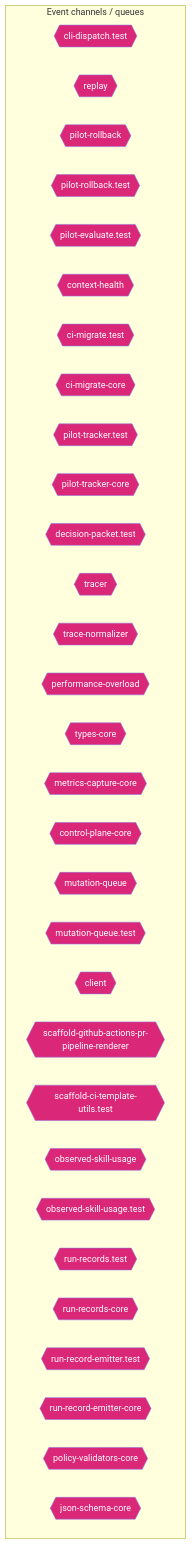
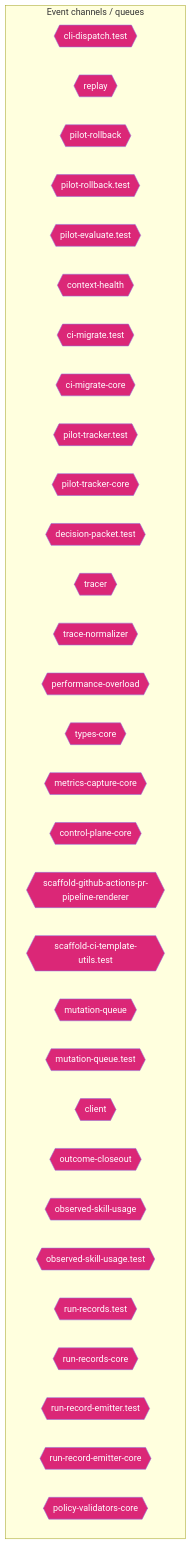
One commit to jscraik/coding-harness changed the ninth of 14 diagrams in AI/context/diagram-context.md. Above: the diagram before and after it, drawn with Mermaid. The commit also changed other lines of this file and 33 other files, not shown here.

````diff
--- a/AI/context/diagram-context.md
+++ b/AI/context/diagram-context.md
@@ -1564,38 +1569,38 @@
 ```mermaid
 flowchart TD
   subgraph Channels["Event channels / queues"]
     cli_dispatch_test_54c9f17b{{"cli-dispatch.test"}}
     replay_ac203c98{{"replay"}}
     pilot_rollback_00c1f82c{{"pilot-rollback"}}
     pilot_rollback_test_e61d5a2b{{"pilot-rollback.test"}}
     pilot_evaluate_test_a2ac06fc{{"pilot-evaluate.test"}}
     context_health_80bb7da9{{"context-health"}}
     ci_migrate_test_2a015bb9{{"ci-migrate.test"}}
     ci_migrate_core_7005b5af{{"ci-migrate-core"}}
     pilot_tracker_test_80398a66{{"pilot-tracker.test"}}
     pilot_tracker_core_80d8ac96{{"pilot-tracker-core"}}
     decision_packet_test_9ea0e97b{{"decision-packet.test"}}
     tracer_1e6243a2{{"tracer"}}
     trace_normalizer_cb1be1d2{{"trace-normalizer"}}
     performance_overload_c685bfcf{{"performance-overload"}}
     types_core_e405ddca{{"types-core"}}
     metrics_capture_core_db4bf7cf{{"metrics-capture-core"}}
     control_plane_core_db3b4cb2{{"control-plane-core"}}
+    scaffold_github_actions_pr_pipeline_renderer_1ee18de5{{"scaffold-github-actions-pr-pipeline-renderer"}}
+    scaffold_ci_template_utils_test_b94825d9{{"scaffold-ci-template-utils.test"}}
     mutation_queue_ce5a530e{{"mutation-queue"}}
     mutation_queue_test_10b599e8{{"mutation-queue.test"}}
     client_1_914e1681{{"client"}}
-    scaffold_github_actions_pr_pipeline_renderer_1ee18de5{{"scaffold-github-actions-pr-pipeline-renderer"}}
-    scaffold_ci_template_utils_test_b94825d9{{"scaffold-ci-template-utils.test"}}
+    outcome_closeout_ba497ec2{{"outcome-closeout"}}
     observed_skill_usage_ed7d5930{{"observed-skill-usage"}}
     observed_skill_usage_test_311c215a{{"observed-skill-usage.test"}}
     run_records_test_3ee6a0e3{{"run-records.test"}}
     run_records_core_89286dfa{{"run-records-core"}}
     run_record_emitter_test_5475c0da{{"run-record-emitter.test"}}
     run_record_emitter_core_688049d5{{"run-record-emitter-core"}}
     policy_validators_core_714a3fe7{{"policy-validators-core"}}
-    json_schema_core_96d7e328{{"json-schema-core"}}
   end
   classDef eventNode fill:#db2777,color:#fff
-  class cli_dispatch_test_54c9f17b,replay_ac203c98,pilot_rollback_00c1f82c,pilot_rollback_test_e61d5a2b,pilot_evaluate_test_a2ac06fc,context_health_80bb7da9,ci_migrate_test_2a015bb9,ci_migrate_core_7005b5af,pilot_tracker_test_80398a66,pilot_tracker_core_80d8ac96,decision_packet_test_9ea0e97b,tracer_1e6243a2,trace_normalizer_cb1be1d2,performance_overload_c685bfcf,types_core_e405ddca,metrics_capture_core_db4bf7cf,control_plane_core_db3b4cb2,mutation_queue_ce5a530e,mutation_queue_test_10b599e8,client_1_914e1681,scaffold_github_actions_pr_pipeline_renderer_1ee18de5,scaffold_ci_template_utils_test_b94825d9,observed_skill_usage_ed7d5930,observed_skill_usage_test_311c215a,run_records_test_3ee6a0e3,run_records_core_89286dfa,run_record_emitter_test_5475c0da,run_record_emitter_core_688049d5,policy_validators_core_714a3fe7,json_schema_core_96d7e328 eventNode
+  class cli_dispatch_test_54c9f17b,replay_ac203c98,pilot_rollback_00c1f82c,pilot_rollback_test_e61d5a2b,pilot_evaluate_test_a2ac06fc,context_health_80bb7da9,ci_migrate_test_2a015bb9,ci_migrate_core_7005b5af,pilot_tracker_test_80398a66,pilot_tracker_core_80d8ac96,decision_packet_test_9ea0e97b,tracer_1e6243a2,trace_normalizer_cb1be1d2,performance_overload_c685bfcf,types_core_e405ddca,metrics_capture_core_db4bf7cf,control_plane_core_db3b4cb2,scaffold_github_actions_pr_pipeline_renderer_1ee18de5,scaffold_ci_template_utils_test_b94825d9,mutation_queue_ce5a530e,mutation_queue_test_10b599e8,client_1_914e1681,outcome_closeout_ba497ec2,observed_skill_usage_ed7d5930,observed_skill_usage_test_311c215a,run_records_test_3ee6a0e3,run_records_core_89286dfa,run_record_emitter_test_5475c0da,run_record_emitter_core_688049d5,policy_validators_core_714a3fe7 eventNode
 
 ```
````
